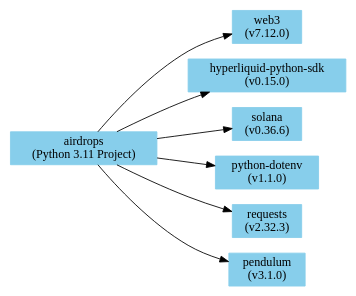
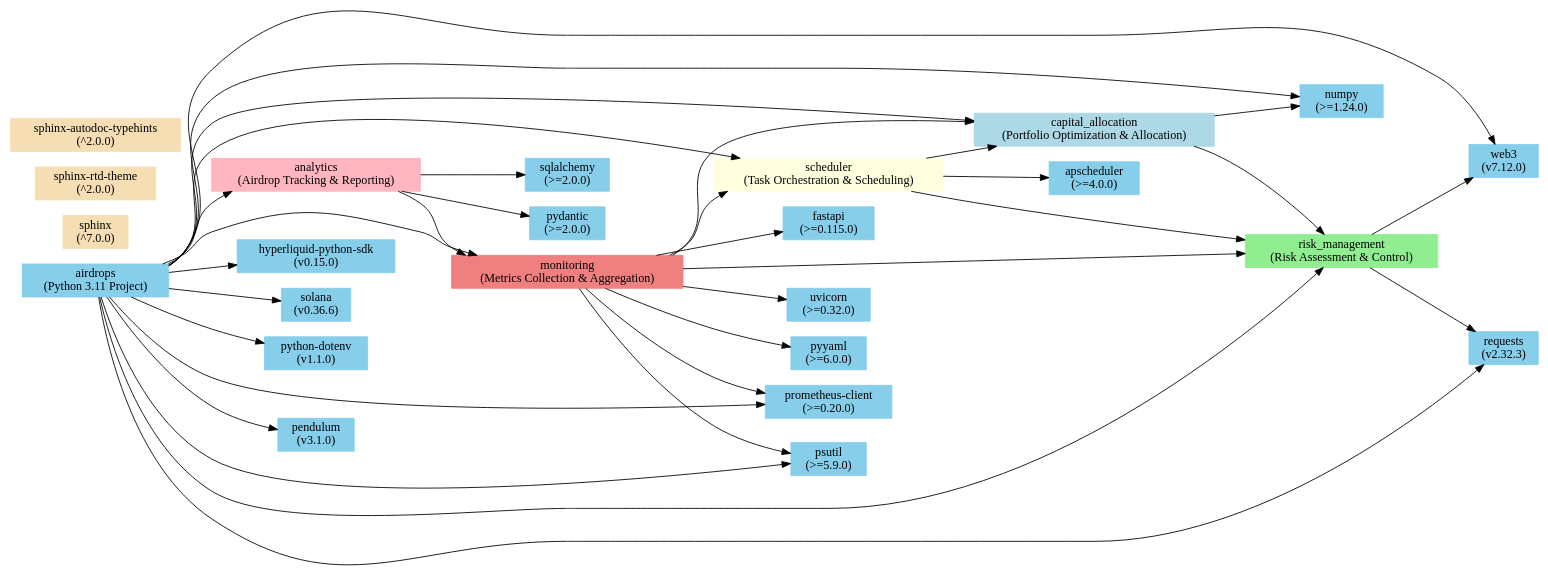
Before and after one commit to repengine/cryptofarm: the diagram in airdrops/docs/module_deps.dot, drawn with Graphviz. The commit also changed 212 other files, not shown here.

```diff
--- a/airdrops/docs/module_deps.dot
+++ b/airdrops/docs/module_deps.dot
@@ -1,22 +1,69 @@
 digraph module_deps {
   rankdir=LR;
   node [shape=box, style=filled, color=skyblue];
 
   "airdrops (project)" [label="airdrops\n(Python 3.11 Project)"];
+
+  // Core Modules
+  "risk_management" [label="risk_management\n(Risk Assessment & Control)", color=lightgreen];
+  "capital_allocation" [label="capital_allocation\n(Portfolio Optimization & Allocation)", color=lightblue];
+  "scheduler" [label="scheduler\n(Task Orchestration & Scheduling)", color=lightyellow];
+  "monitoring" [label="monitoring\n(Metrics Collection & Aggregation)", color=lightcoral];
+  "analytics" [label="analytics\n(Airdrop Tracking & Reporting)", color=lightpink];
 
   // External Dependencies
   "web3" [label="web3\n(v7.12.0)"];
   "hyperliquid-python-sdk" [label="hyperliquid-python-sdk\n(v0.15.0)"];
   "solana" [label="solana\n(v0.36.6)"];
   "python-dotenv" [label="python-dotenv\n(v1.1.0)"];
   "requests" [label="requests\n(v2.32.3)"];
   "pendulum" [label="pendulum\n(v3.1.0)"];
+  "numpy" [label="numpy\n(>=1.24.0)"];
+  "apscheduler" [label="apscheduler\n(>=4.0.0)"];
+  "prometheus-client" [label="prometheus-client\n(>=0.20.0)"];
+  "psutil" [label="psutil\n(>=5.9.0)"];
+  "pyyaml" [label="pyyaml\n(>=6.0.0)"];
+  "fastapi" [label="fastapi\n(>=0.115.0)"];
+  "uvicorn" [label="uvicorn\n(>=0.32.0)"];
+  "sqlalchemy" [label="sqlalchemy\n(>=2.0.0)"];
+  "pydantic" [label="pydantic\n(>=2.0.0)"];
+  "sphinx" [label="sphinx\n(^7.0.0)", color=wheat];
+  "sphinx-rtd-theme" [label="sphinx-rtd-theme\n(^2.0.0)", color=wheat];
+  "sphinx-autodoc-typehints" [label="sphinx-autodoc-typehints\n(^2.0.0)", color=wheat];
 
-  // Relationships
+  // Module Relationships
+  "airdrops (project)" -> "risk_management";
+  "airdrops (project)" -> "capital_allocation";
+  "airdrops (project)" -> "scheduler";
+  "airdrops (project)" -> "monitoring";
+  "airdrops (project)" -> "analytics";
+  "capital_allocation" -> "risk_management";
+  "scheduler" -> "risk_management";
+  "scheduler" -> "capital_allocation";
+  "monitoring" -> "risk_management";
+  "monitoring" -> "capital_allocation";
+  "monitoring" -> "scheduler";
+  "analytics" -> "monitoring";
+  "risk_management" -> "web3";
+  "risk_management" -> "requests";
+  "capital_allocation" -> "numpy";
+  "scheduler" -> "apscheduler";
+  "monitoring" -> "prometheus-client";
+  "monitoring" -> "psutil";
+  "monitoring" -> "pyyaml";
+  "monitoring" -> "fastapi";
+  "monitoring" -> "uvicorn";
+  "analytics" -> "sqlalchemy";
+  "analytics" -> "pydantic";
+
+  // External Dependencies
   "airdrops (project)" -> "web3";
   "airdrops (project)" -> "hyperliquid-python-sdk";
   "airdrops (project)" -> "solana";
   "airdrops (project)" -> "python-dotenv";
   "airdrops (project)" -> "requests";
   "airdrops (project)" -> "pendulum";
+  "airdrops (project)" -> "numpy";
+  "airdrops (project)" -> "prometheus-client";
+  "airdrops (project)" -> "psutil";
 }
```
